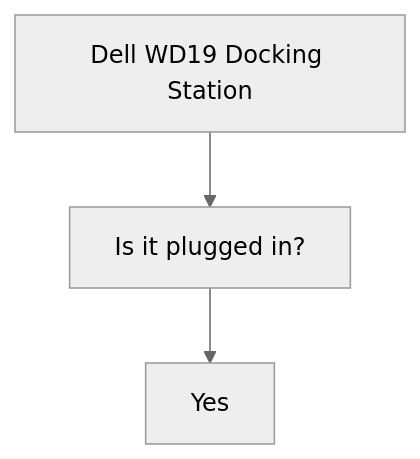
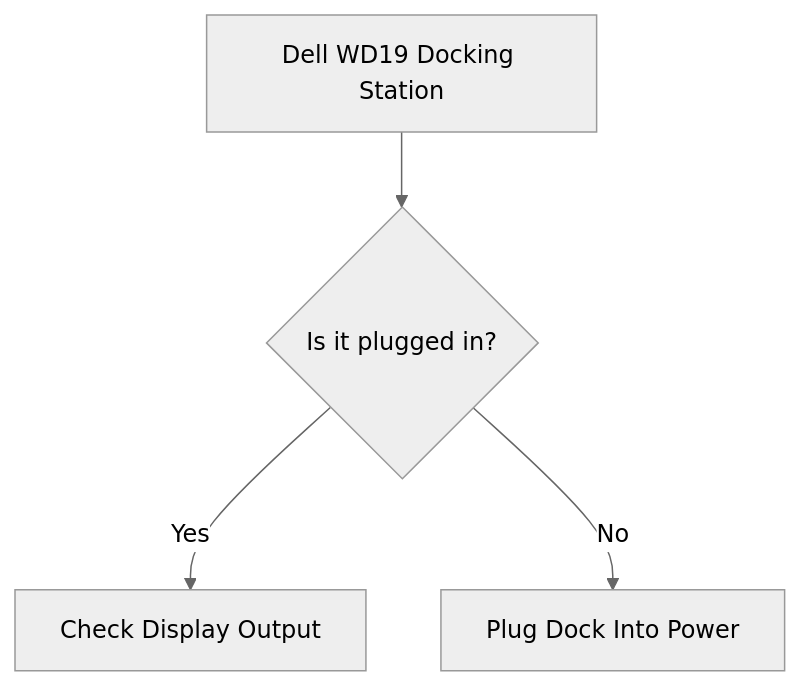
The diagram in 2026-03-02.md (ODS-VDTSS/ObsidianGitTest), drawn with Mermaid (neutral theme) before and after one commit.

Commit message:
vault backup: 2026-03-02 23:26:37

````diff
--- a/2026-03-02.md
+++ b/2026-03-02.md
@@ -9,4 +9,6 @@
 ```mermaid  
 flowchart TD  
-A[Dell WD19 Docking Station] --> B[Is it plugged in?] --> C[Yes]
+A[Dell WD19 Docking Station] --> B{Is it plugged in?}  
+B -->|Yes| C[Check Display Output]  
+B -->|No| D[Plug Dock Into Power]
 ```
````
